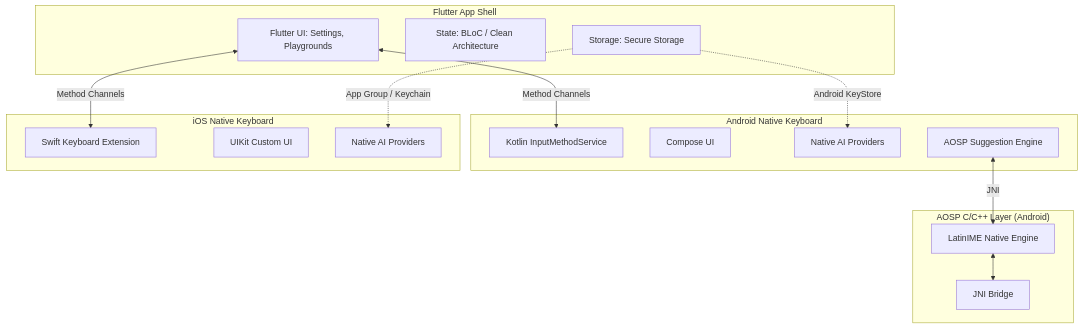
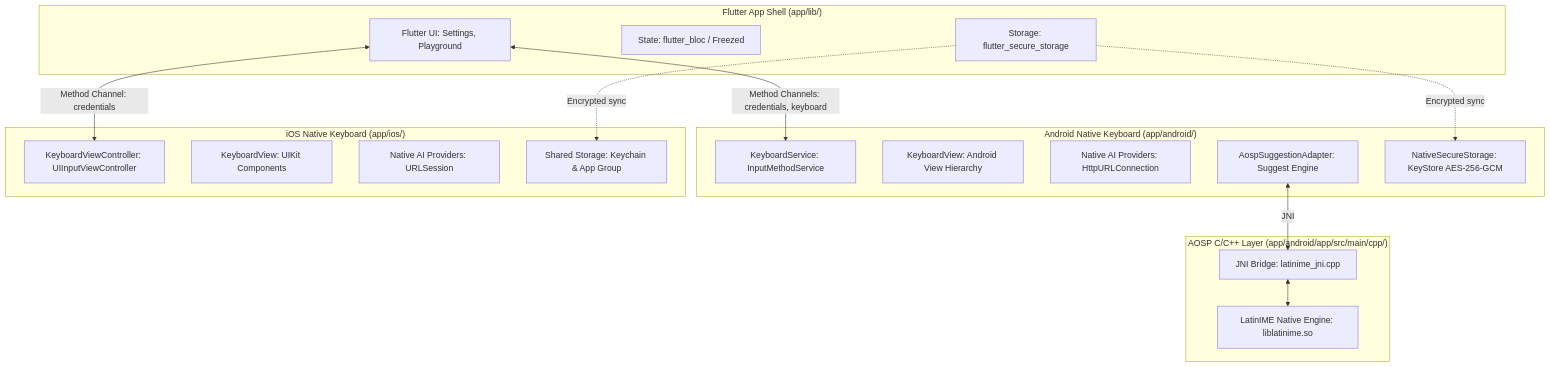
Before and after one commit to pavan-marthala/ai_keyboard: the diagram in app/README.md, drawn with Mermaid. The commit also changed other lines of this file and 14 other files, not shown here.

````diff
--- a/app/README.md
+++ b/app/README.md
@@ -9,35 +11,37 @@
 ```mermaid
 graph TD
-    subgraph "Flutter App Shell"
-        A[Flutter UI: Settings, Playgrounds]
-        B[State: BLoC / Clean Architecture]
-        C[Storage: Secure Storage]
+    subgraph "Flutter App Shell (app/lib/)"
+        A[Flutter UI: Settings, Playground]
+        B[State: flutter_bloc / Freezed]
+        C[Storage: flutter_secure_storage]
     end
 
-    subgraph "Android Native Keyboard"
-        D[Kotlin InputMethodService]
-        E[Compose UI]
-        F[Native AI Providers]
-        G[AOSP Suggestion Engine]
+    subgraph "Android Native Keyboard (app/android/)"
+        D[KeyboardService: InputMethodService]
+        E[KeyboardView: Android View Hierarchy]
+        F[Native AI Providers: HttpURLConnection]
+        G[AospSuggestionAdapter: Suggest Engine]
+        H[NativeSecureStorage: KeyStore AES-256-GCM]
     end
 
-    subgraph "AOSP C/C++ Layer (Android)"
-        H[LatinIME Native Engine]
-        I[JNI Bridge]
+    subgraph "AOSP C/C++ Layer (app/android/app/src/main/cpp/)"
+        I[JNI Bridge: latinime_jni.cpp]
+        J[LatinIME Native Engine: liblatinime.so]
     end
 
-    subgraph "iOS Native Keyboard"
-        J[Swift Keyboard Extension]
-        K[UIKit Custom UI]
-        L[Native AI Providers]
+    subgraph "iOS Native Keyboard (app/ios/)"
+        K[KeyboardViewController: UIInputViewController]
+        L[KeyboardView: UIKit Components]
+        M[Native AI Providers: URLSession]
+        N[Shared Storage: Keychain & App Group]
     end
 
-    A <-->|Method Channels| D
-    A <-->|Method Channels| J
+    A <-->|Method Channels: credentials, keyboard| D
+    A <-->|Method Channel: credentials| K
 
-    C -.->|Android KeyStore| F
-    C -.->|App Group / Keychain| L
+    C -.->|Encrypted sync| H
+    C -.->|Encrypted sync| N
 
-    G <-->|JNI| H
-    H <--> I
+    G <-->|JNI| I
+    I <--> J
 ```
````
